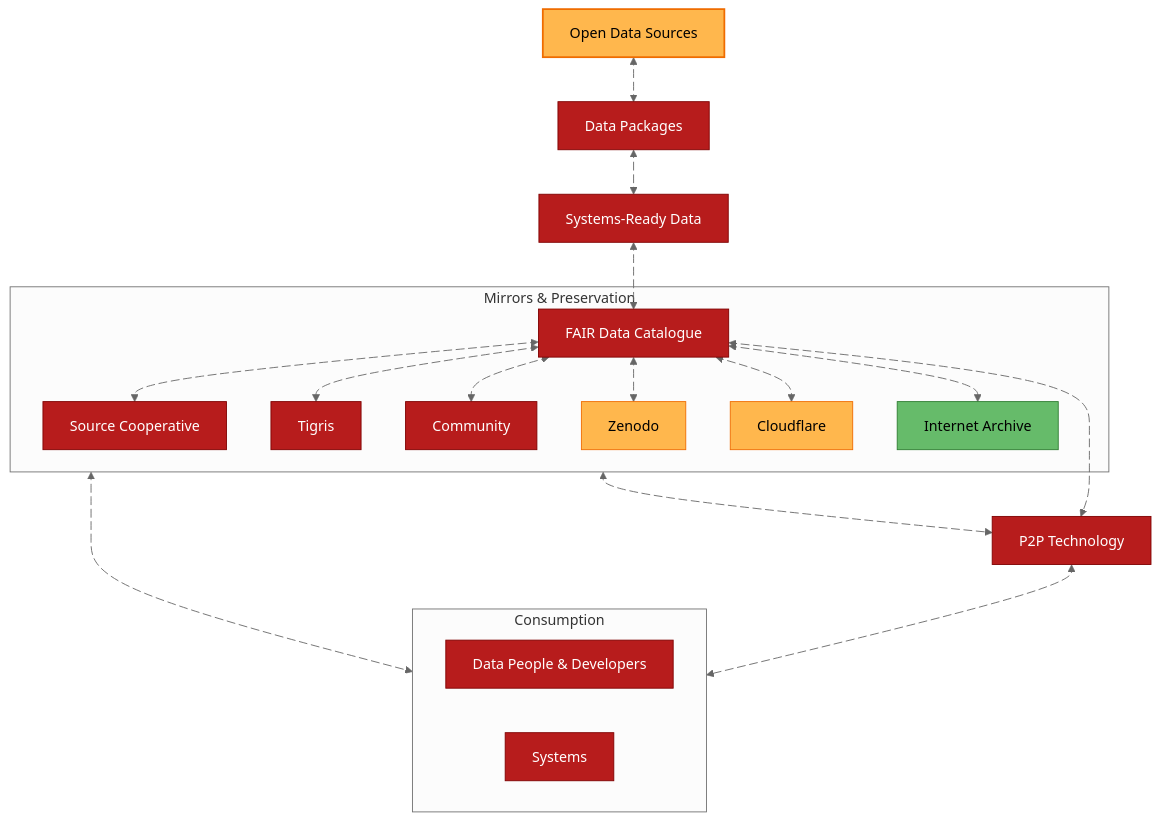
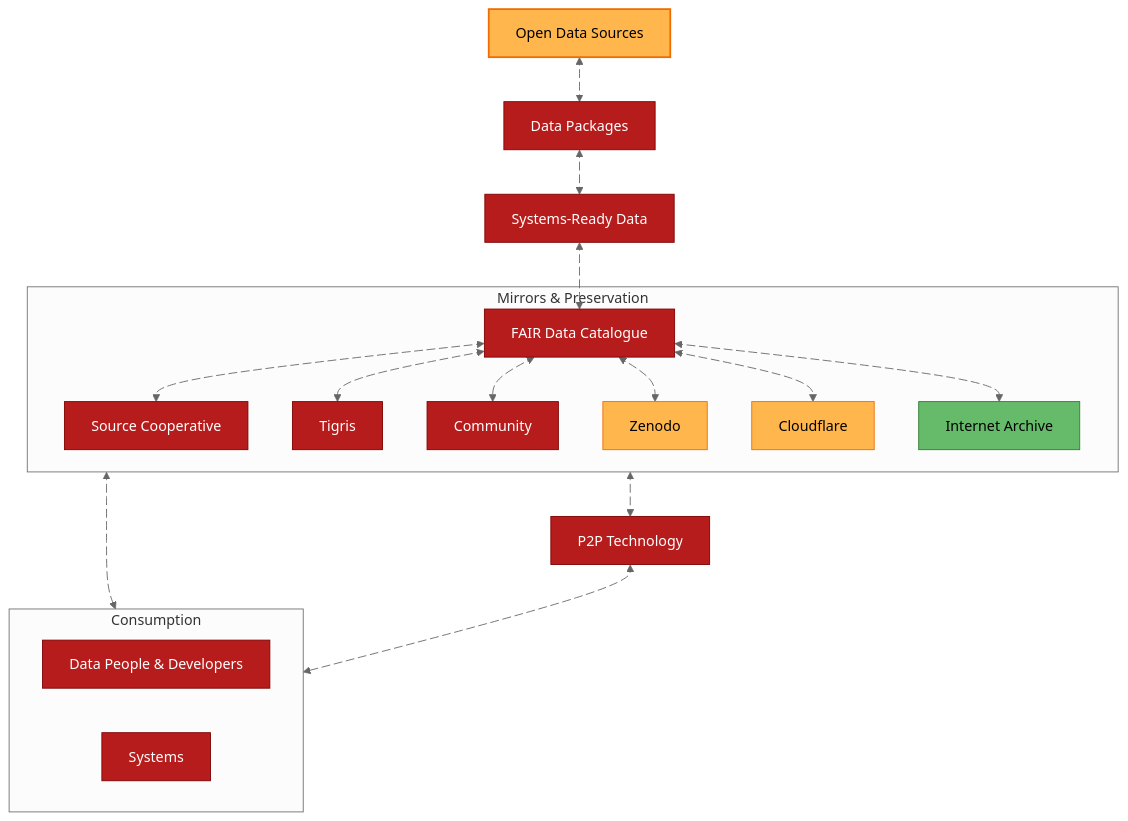
One commit to dataforcanada/www.dataforcanada.org changed the first of 2 diagrams in content/docs/d4c-infra-distribution/_index.md. Above: the diagram before and after it, drawn with Mermaid (neutral theme).

Commit message:
Simplify diagram further. The FAIR Data Catalogue can also be decentralized (and that is the goal), so this diagram is not 100% accurate. The ideal scenario is to have no single point of failure.

```diff
--- a/content/docs/d4c-infra-distribution/_index.md
+++ b/content/docs/d4c-infra-distribution/_index.md
@@ -15,13 +15,13 @@
 flowchart TD
     classDef linkNode stroke:#0000EE,color:#0000EE,stroke-width:2px;
     subgraph mirrors [Mirrors & Preservation]
-        Metadata[FAIR Data Catalogue]
         SourceCoop[Source Cooperative]
         Tigris[Tigris]
         Community[Community]
         Zenodo[Zenodo]
         Cloudflare
         InternetArchive[Internet Archive]
+        Metadata[FAIR Data Catalogue]
     end
 
     Sources[Open Data Sources]
@@ -61,8 +61,10 @@
     mirrors a12@<--> Consumers
     a12@{animate: true, animation: slow}
     
-    Metadata a30@<--> P2P
-    a30@{animate: true, animation: fast}
+
+    %% Hint, the FAIR Data Catalogue can also be decentralized 🤯
+    %%Metadata a30@<--> P2P
+    %%a30@{animate: true, animation: fast}
     mirrors a9@<--> P2P
     a9@{animate: true, animation: fast}
 
```
